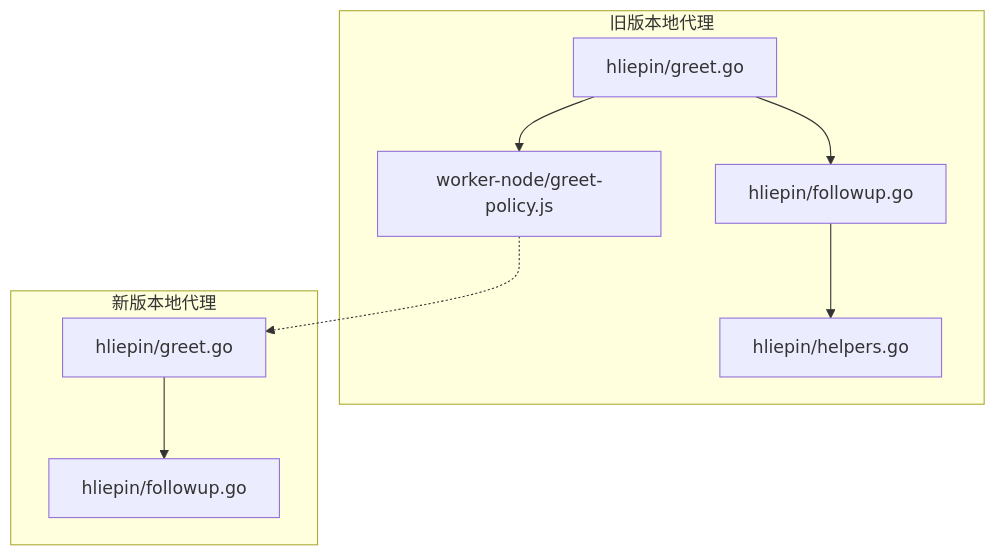
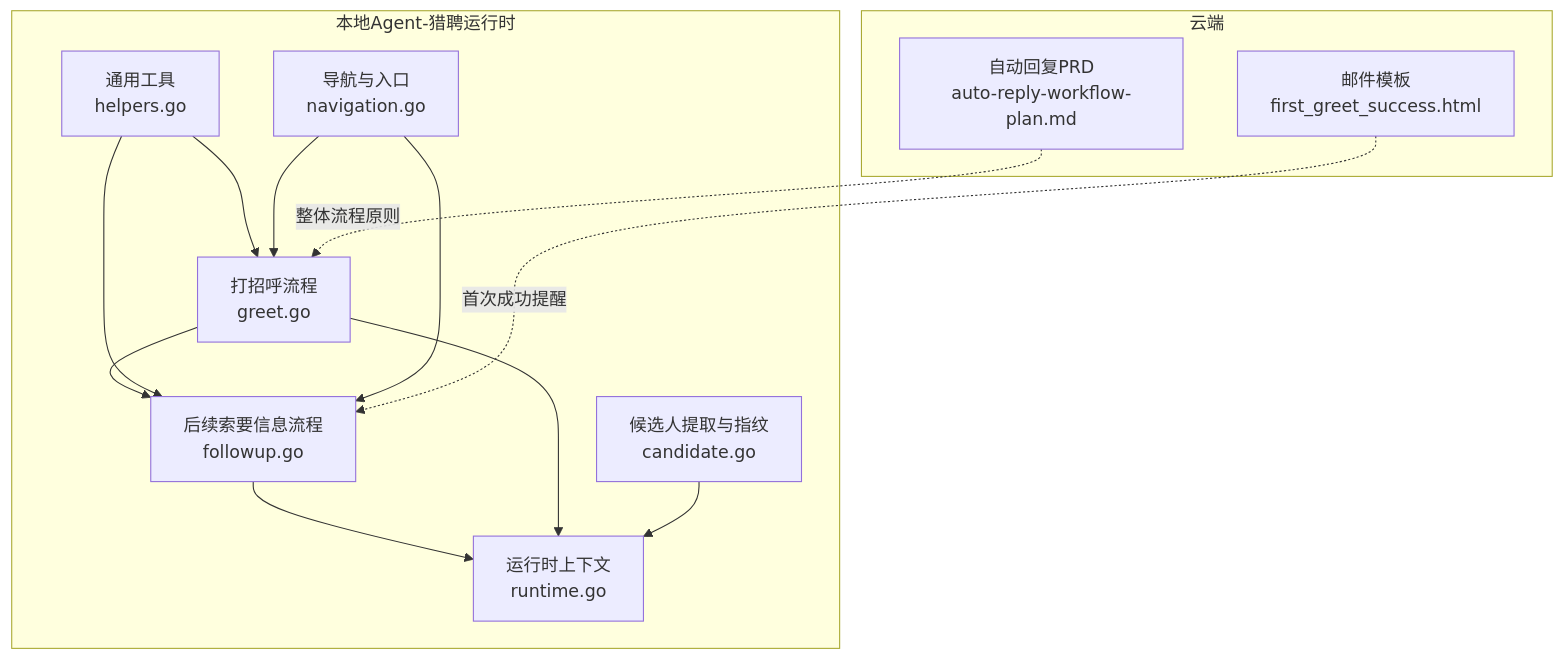
Before and after one commit to alvinwangzi/goodhr: the first of 5 diagrams in .qoder/repowiki/zh/content/本地执行器/平台适配器/猎聘适配器/在线沟通.md, drawn with Mermaid. The commit also changed other lines of this file and 149 other files, not shown here.

````diff
--- a/.qoder/repowiki/zh/content/本地执行器/平台适配器/猎聘适配器/在线沟通.md
+++ b/.qoder/repowiki/zh/content/本地执行器/平台适配器/猎聘适配器/在线沟通.md
@@ -37,12 +38,25 @@
 ```mermaid
 graph TB
-subgraph "旧版本地代理"
-A["hliepin/greet.go"] --> B["hliepin/followup.go"]
-B --> C["hliepin/helpers.go"]
-A --> D["worker-node/greet-policy.js"]
+subgraph "本地Agent-猎聘运行时"
+G["打招呼流程<br/>greet.go"]
+F["后续索要信息流程<br/>followup.go"]
+R["运行时上下文<br/>runtime.go"]
+C["候选人提取与指纹<br/>candidate.go"]
+H["通用工具<br/>helpers.go"]
+N["导航与入口<br/>navigation.go"]
 end
-subgraph "新版本地代理"
-E["hliepin/greet.go"] --> F["hliepin/followup.go"]
+subgraph "云端"
+T["邮件模板<br/>first_greet_success.html"]
+P["自动回复PRD<br/>auto-reply-workflow-plan.md"]
 end
-D -.-> E
+G --> F
+F --> R
+G --> R
+C --> R
+H --> G
+H --> F
+N --> G
+N --> F
+T -.->|"首次成功提醒"| F
+P -.->|"整体流程原则"| G
 ```
````
